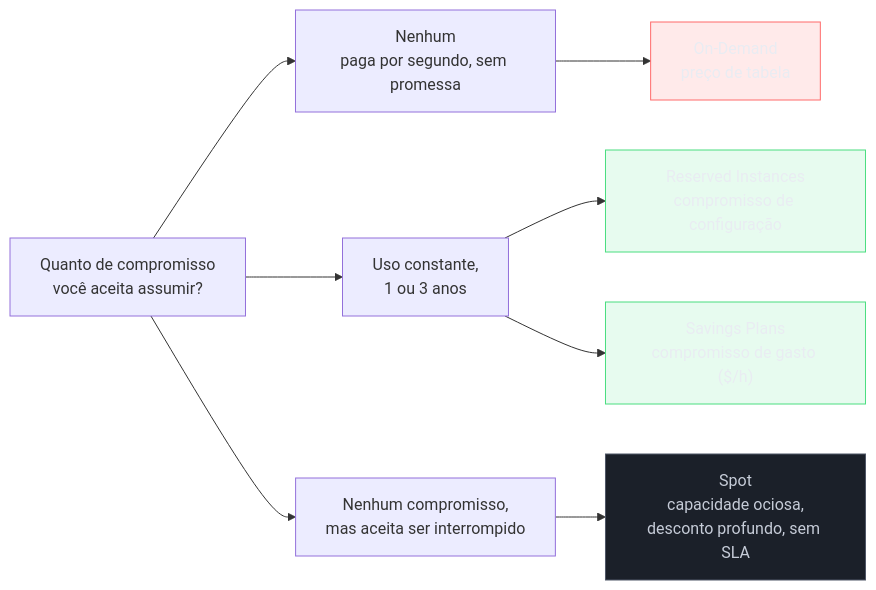
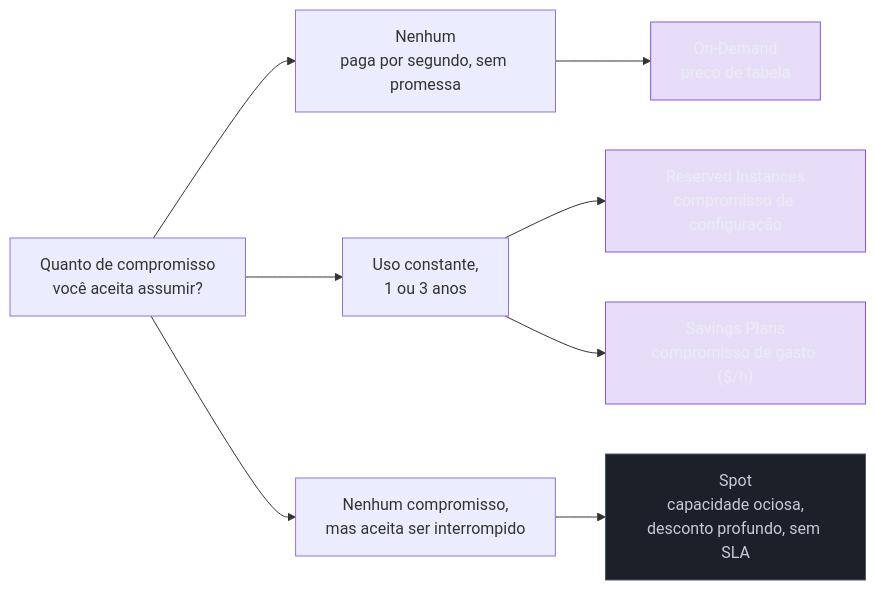
The first of 3 diagrams in 03-Dominios/Tecnologia/Cloud/05 - Compute I — máquinas virtuais/05 - Modelos de preço (on-demand, reserved, spot).md (josenaldo/codex-technomanticus), drawn with Mermaid before and after one commit. The commit also changed 601 other files, not shown here.

````diff
--- a/03-Dominios/Tecnologia/Cloud/05 - Compute I — máquinas virtuais/05 - Modelos de preço (on-demand, reserved, spot).md
+++ b/03-Dominios/Tecnologia/Cloud/05 - Compute I — máquinas virtuais/05 - Modelos de preço (on-demand, reserved, spot).md
@@ -38,19 +38,18 @@
 ```mermaid
 flowchart LR
-    classDef falha fill:#FF6B6B24,stroke:#FF6B6B,color:#E9ECF2
-    classDef ok fill:#4ADE8021,stroke:#4ADE80,color:#E9ECF2
+    classDef marca fill:#8855DF33,stroke:#8855DF,color:#E9ECF2
     classDef neutro fill:#1B2029,stroke:#4E5666,color:#C6CCD8
     A["Quanto de compromisso<br/>você aceita assumir?"] --> B["Nenhum<br/>paga por segundo, sem promessa"]
     A --> C["Uso constante,<br/>1 ou 3 anos"]
     A --> D["Nenhum compromisso,<br/>mas aceita ser interrompido"]
 
     B --> B1["On-Demand<br/>preço de tabela"]
     C --> C1["Reserved Instances<br/>compromisso de configuração"]
     C --> C2["Savings Plans<br/>compromisso de gasto ($/h)"]
     D --> D1["Spot<br/>capacidade ociosa,<br/>desconto profundo, sem SLA"]
 
-    class B1 falha
-    class C1 ok
-    class C2 ok
+    class B1 marca
+    class C1 marca
+    class C2 marca
     class D1 neutro
 ```
````
